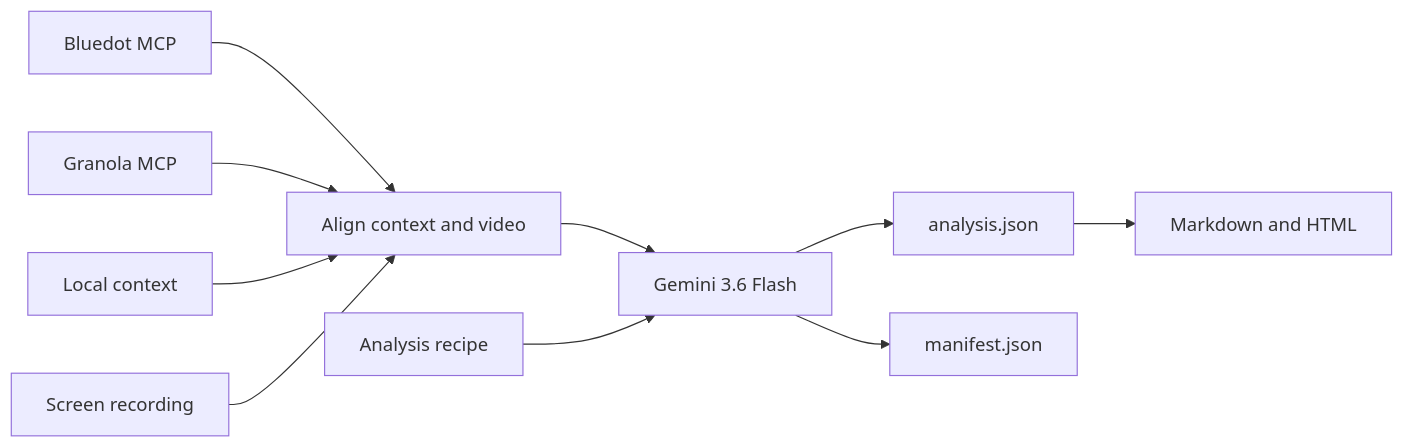
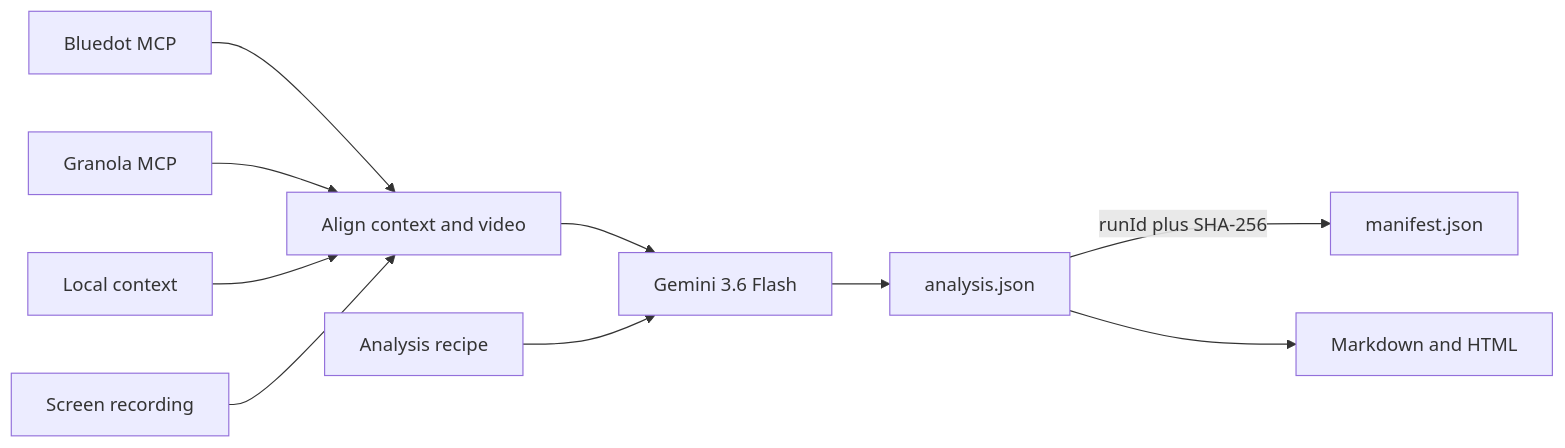
One commit to jchu96/frame-of-mind changed the first of 2 diagrams in README.md. Above: the diagram before and after it, drawn with Mermaid. The commit also changed other lines of this file and 62 other files, not shown here.

````diff
--- a/README.md
+++ b/README.md
@@ -40,23 +40,23 @@
 ```mermaid
 flowchart LR
     B[Bluedot MCP]
     G[Granola MCP]
     F[Local context]
     V[Screen recording]
     A[Align context and video]
     R[Analysis recipe]
     M[Gemini 3.6 Flash]
     J[analysis.json]
     P[manifest.json]
     H[Markdown and HTML]
 
     B --> A
     G --> A
     F --> A
     V --> A
     A --> M
     R --> M
     M --> J
-    M --> P
+    J -->|runId plus SHA-256| P
     J --> H
 ```
````
